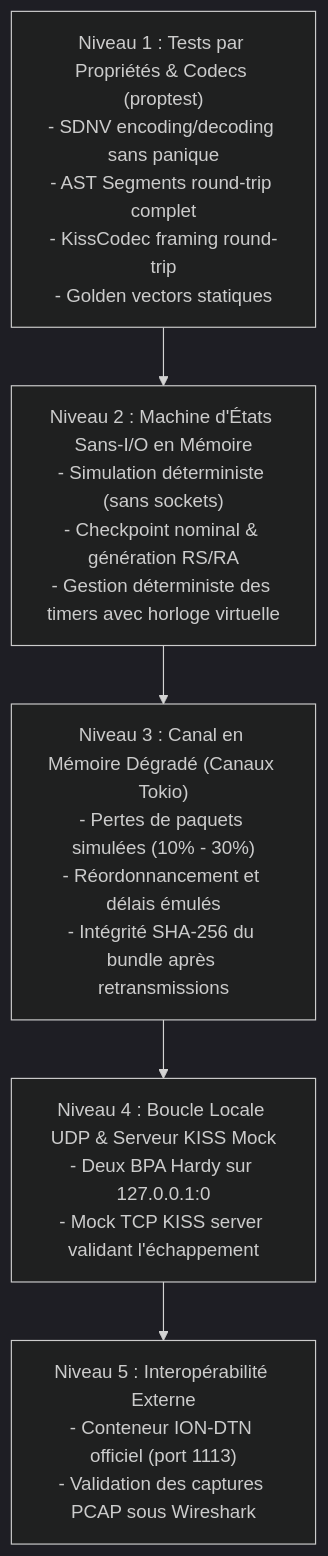
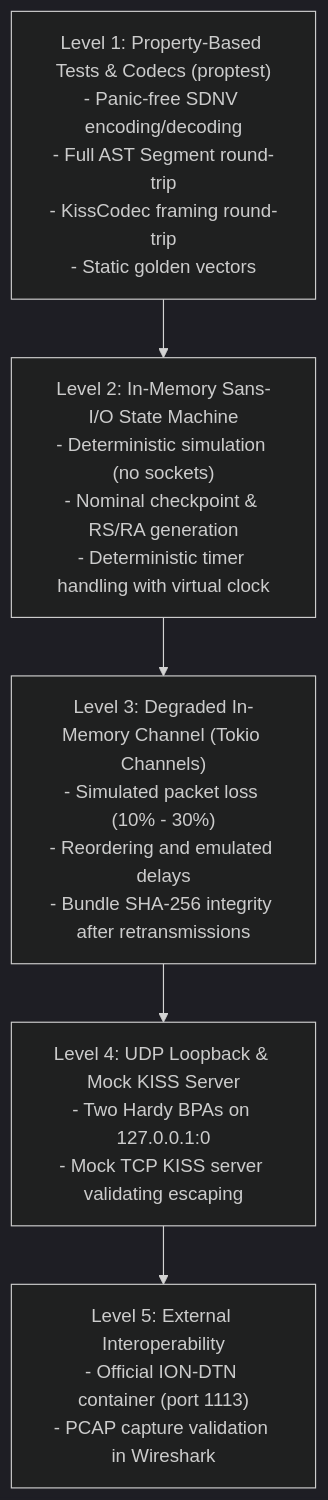
Before and after one commit to DTN-Postmaster/dtnpm-cla-ltp-kiss: the second of 2 diagrams in LTP-CLA.md, drawn with Mermaid (dark theme). The commit also changed other lines of this file and 3 other files, not shown here.

````diff
--- a/LTP-CLA.md
+++ b/LTP-CLA.md
@@ -141,10 +141,10 @@
 ```mermaid
 flowchart TD
-    N1["Niveau 1 : Tests par Propriétés & Codecs (proptest)\n- SDNV encoding/decoding sans panique\n- AST Segments round-trip complet\n- KissCodec framing round-trip\n- Golden vectors statiques"]
-    N2["Niveau 2 : Machine d'États Sans-I/O en Mémoire\n- Simulation déterministe (sans sockets)\n- Checkpoint nominal & génération RS/RA\n- Gestion déterministe des timers avec horloge virtuelle"]
-    N3["Niveau 3 : Canal en Mémoire Dégradé (Canaux Tokio)\n- Pertes de paquets simulées (10% - 30%)\n- Réordonnancement et délais émulés\n- Intégrité SHA-256 du bundle après retransmissions"]
-    N4["Niveau 4 : Boucle Locale UDP & Serveur KISS Mock\n- Deux BPA Hardy sur 127.0.0.1:0\n- Mock TCP KISS server validant l'échappement"]
-    N5["Niveau 5 : Interopérabilité Externe\n- Conteneur ION-DTN officiel (port 1113)\n- Validation des captures PCAP sous Wireshark"]
+    N1["Level 1: Property-Based Tests & Codecs (proptest)\n- Panic-free SDNV encoding/decoding\n- Full AST Segment round-trip\n- KissCodec framing round-trip\n- Static golden vectors"]
+    N2["Level 2: In-Memory Sans-I/O State Machine\n- Deterministic simulation (no sockets)\n- Nominal checkpoint & RS/RA generation\n- Deterministic timer handling with virtual clock"]
+    N3["Level 3: Degraded In-Memory Channel (Tokio Channels)\n- Simulated packet loss (10% - 30%)\n- Reordering and emulated delays\n- Bundle SHA-256 integrity after retransmissions"]
+    N4["Level 4: UDP Loopback & Mock KISS Server\n- Two Hardy BPAs on 127.0.0.1:0\n- Mock TCP KISS server validating escaping"]
+    N5["Level 5: External Interoperability\n- Official ION-DTN container (port 1113)\n- PCAP capture validation in Wireshark"]
 
     N1 --> N2 --> N3 --> N4 --> N5
 ```
````
